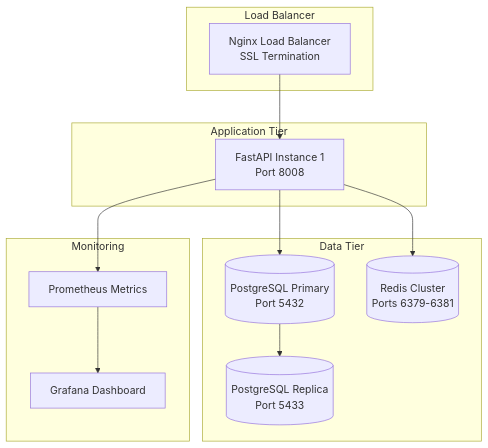
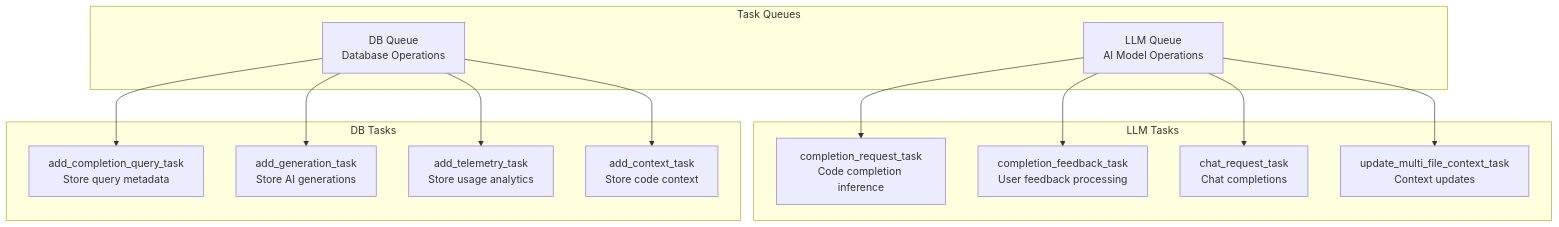
The third of 5 diagrams in README.md (AISE-TUDelft/code4me2-server), drawn with Mermaid before and after one commit. The commit also changed other lines of this file and 3 other files, not shown here.

````diff
--- a/README.md
+++ b/README.md
@@ -174,33 +156,31 @@
 ```mermaid
 graph TB
-    subgraph "Load Balancer"
-        LB[Nginx Load Balancer<br/>SSL Termination]
+    subgraph "Task Queues"
+        LLM[LLM Queue<br/>AI Model Operations]
+        DB[DB Queue<br/>Database Operations]
     end
 
-    subgraph "Application Tier"
-        APP1[FastAPI Instance 1<br/>Port 8008]
+    subgraph "LLM Tasks"
+        CompReq[completion_request_task<br/>Code completion inference]
+        CompFeed[completion_feedback_task<br/>User feedback processing]
+        ChatReq[chat_request_task<br/>Chat completions]
+        CtxUpdate[update_multi_file_context_task<br/>Context updates]
     end
 
-    subgraph "Data Tier"
-        DB[(PostgreSQL Primary<br/>Port 5432)]
-        DB_REPLICA[(PostgreSQL Replica<br/>Port 5433)]
-        REDIS[(Redis Cluster<br/>Ports 6379-6381)]
+    subgraph "DB Tasks"
+        AddQuery[add_completion_query_task<br/>Store query metadata]
+        AddGen[add_generation_task<br/>Store AI generations]
+        AddTelem[add_telemetry_task<br/>Store usage analytics]
+        AddCtx[add_context_task<br/>Store code context]
     end
 
-    subgraph "Monitoring"
-        GRAFANA[Grafana Dashboard]
-        PROMETHEUS[Prometheus Metrics]
-    end
-
-    LB --> APP1
-
-    APP1 --> DB
-
-    APP1 --> REDIS
-
-    DB --> DB_REPLICA
-
-    APP1 --> PROMETHEUS
-
-    PROMETHEUS --> GRAFANA
+    LLM --> CompReq
+    LLM --> CompFeed
+    LLM --> ChatReq
+    LLM --> CtxUpdate
+    
+    DB --> AddQuery
+    DB --> AddGen
+    DB --> AddTelem
+    DB --> AddCtx
 ```
````
